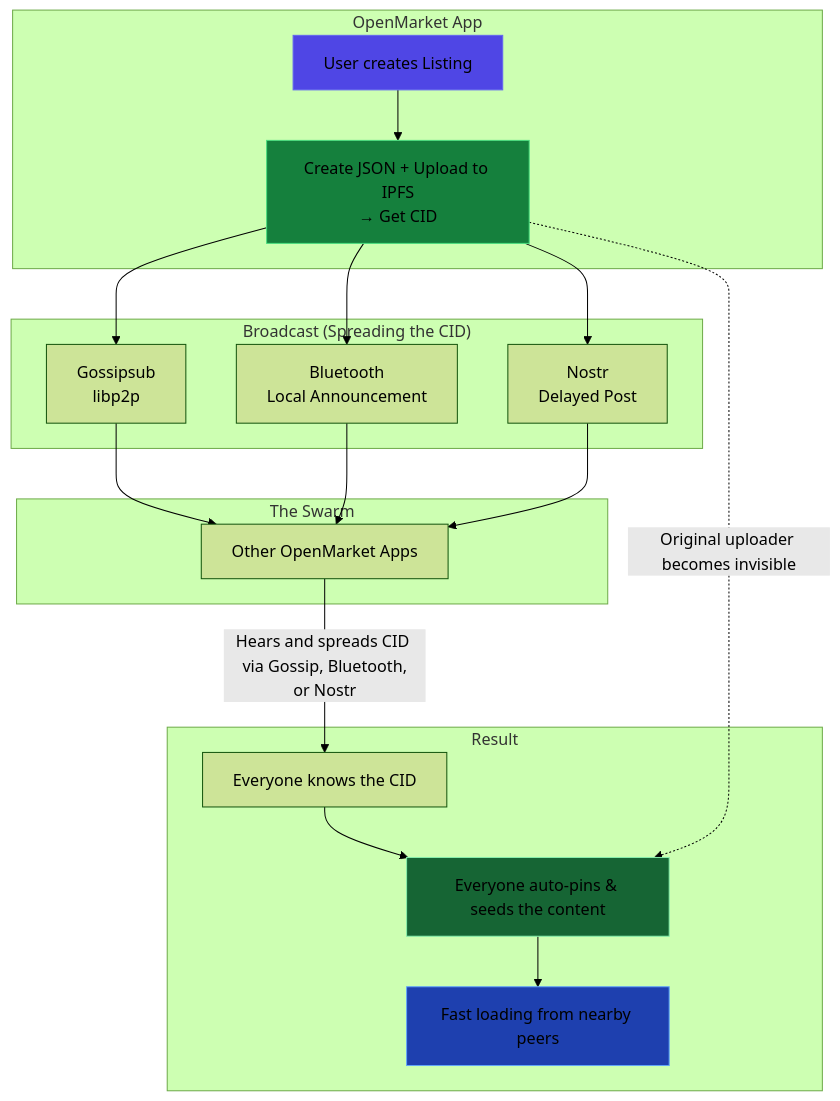
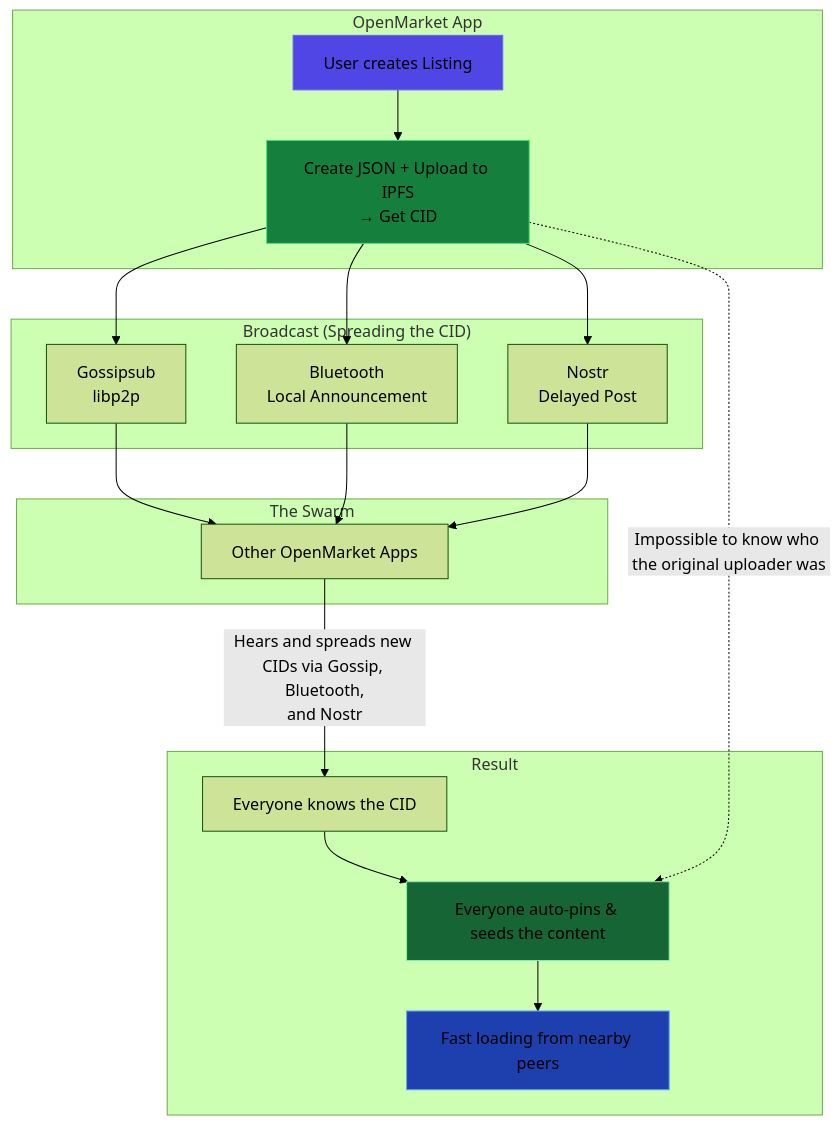
The diagram in README.md (lukeprofits/OpenMarket), drawn with Mermaid (forest theme) before and after one commit.

````diff
--- a/README.md
+++ b/README.md
@@ -14,43 +14,43 @@
 ```mermaid
 flowchart TD
     subgraph "OpenMarket App"
         A[User creates Listing] 
         B[Create JSON + Upload to IPFS<br/>→ Get CID]
     end
 
     subgraph "Broadcast (Spreading the CID)"
         C[Gossipsub<br/>libp2p]
         D[Bluetooth<br/>Local Announcement]
         E[Nostr<br/>Delayed Post]
     end
 
     subgraph "The Swarm"
         F[Other OpenMarket Apps]
     end
 
     subgraph "Result"
         G[Everyone knows the CID]
         H[Everyone auto-pins & seeds the content]
         I[Fast loading from nearby peers]
     end
 
     A --> B
     B --> C
     B --> D
     B --> E
 
     C --> F
     D --> F
     E --> F
 
-    F -->|"Hears and spreads CID via Gossip, Bluetooth,<br/>or Nostr"| G
+    F -->|"Hears and spreads new CIDs via Gossip, Bluetooth,<br/>and Nostr"| G
     G --> H
     H --> I
 
-    B -.->|"Original uploader becomes invisible"| H
+    B -.->|"Impossible to know who the original uploader was"| H
 
     style A fill:#4f46e5,stroke:#6366f1
     style B fill:#15803d,stroke:#4ade80
     style H fill:#166534,stroke:#86efac
     style I fill:#1e40af,stroke:#60a5fa
 ```
````
